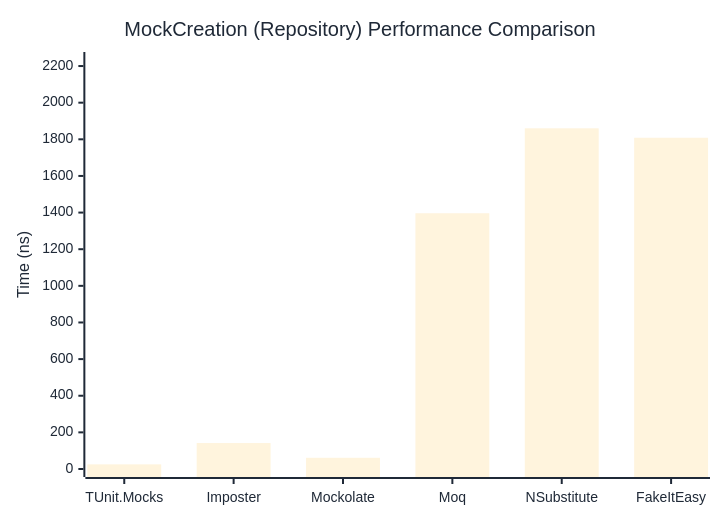
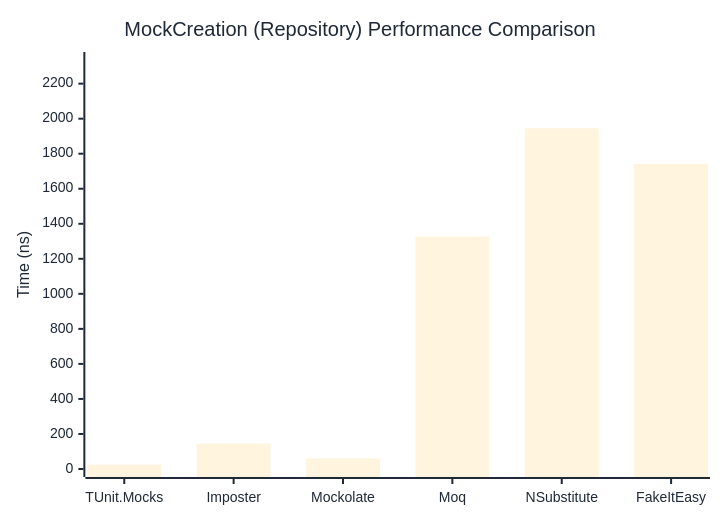
One commit to thomhurst/TUnit changed the second of 2 diagrams in docs/docs/benchmarks/mocks/MockCreation.md. Above: the diagram before and after it, drawn with Mermaid. The commit also changed other lines of this file and 14 other files, not shown here.

````diff
--- a/docs/docs/benchmarks/mocks/MockCreation.md
+++ b/docs/docs/benchmarks/mocks/MockCreation.md
@@ -69,27 +69,27 @@
 ```mermaid
 %%{init: {
   'theme':'base',
   'themeVariables': {
     'primaryColor': '#2563eb',
     'primaryTextColor': '#1f2937',
     'primaryBorderColor': '#1e40af',
     'lineColor': '#6b7280',
     'secondaryColor': '#7c3aed',
     'tertiaryColor': '#dc2626',
     'background': '#ffffff',
     'pie1': '#2563eb',
     'pie2': '#7c3aed',
     'pie3': '#dc2626',
     'pie4': '#f59e0b',
     'pie5': '#10b981',
     'pie6': '#06b6d4',
     'pie7': '#ec4899',
     'pie8': '#6366f1'
   }
 }}%%
 xychart-beta
   title "MockCreation (Repository) Performance Comparison"
   x-axis ["TUnit.Mocks", "Imposter", "Mockolate", "Moq", "NSubstitute", "FakeItEasy"]
-  y-axis "Time (ns)" 0 --> 2233
-  bar [25.4, 141.69, 61.27, 1396.39, 1860.03, 1808.52]
+  y-axis "Time (ns)" 0 --> 2335
+  bar [24.93, 144.92, 60.29, 1327.33, 1945.2, 1742.2]
 ```
````
